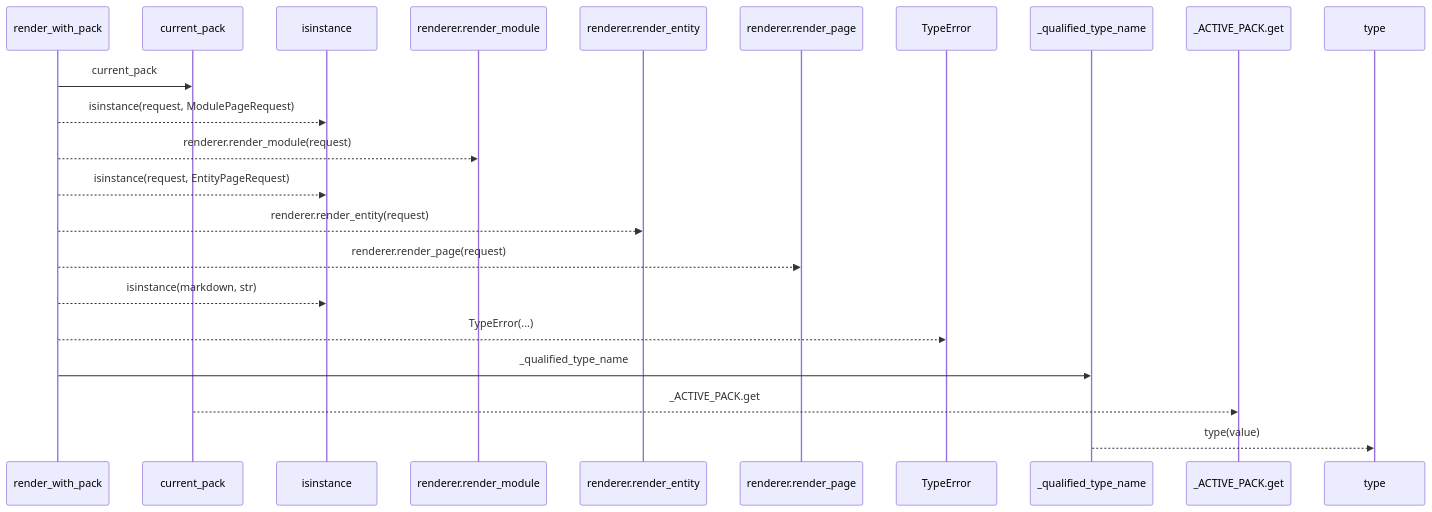
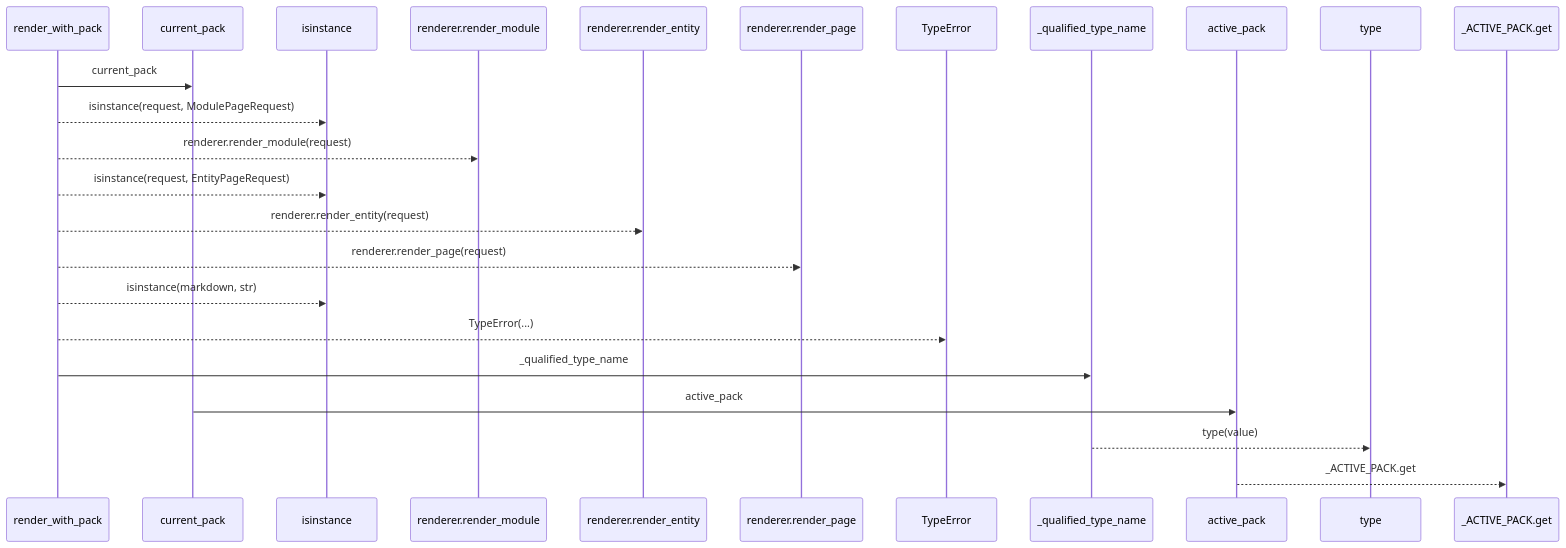
The first of 2 diagrams in docs/llm_wiki/flows/api-render_with_pack.md (Denissvgn/python-wiki-llm), drawn with Mermaid before and after one commit. The commit also changed other lines of this file and 719 other files, not shown here.

````diff
--- a/docs/llm_wiki/flows/api-render_with_pack.md
+++ b/docs/llm_wiki/flows/api-render_with_pack.md
@@ -12,24 +12,26 @@
 ```mermaid
 sequenceDiagram
     participant p0 as render_with_pack
     participant p1 as current_pack
     participant p2 as isinstance
     participant p3 as renderer.render_module
     participant p4 as renderer.render_entity
     participant p5 as renderer.render_page
     participant p6 as TypeError
     participant p7 as _qualified_type_name
-    participant p8 as _ACTIVE_PACK.get
+    participant p8 as active_pack
     participant p9 as type
+    participant p10 as _ACTIVE_PACK.get
     p0->>p1: current_pack
     p0-->>p2: isinstance(request, ModulePageRequest)
     p0-->>p3: renderer.render_module(request)
     p0-->>p2: isinstance(request, EntityPageRequest)
     p0-->>p4: renderer.render_entity(request)
     p0-->>p5: renderer.render_page(request)
     p0-->>p2: isinstance(markdown, str)
     p0-->>p6: TypeError(...)
     p0->>p7: _qualified_type_name
-    p1-->>p8: _ACTIVE_PACK.get
+    p1->>p8: active_pack
     p7-->>p9: type(value)
+    p8-->>p10: _ACTIVE_PACK.get
 ```
````
